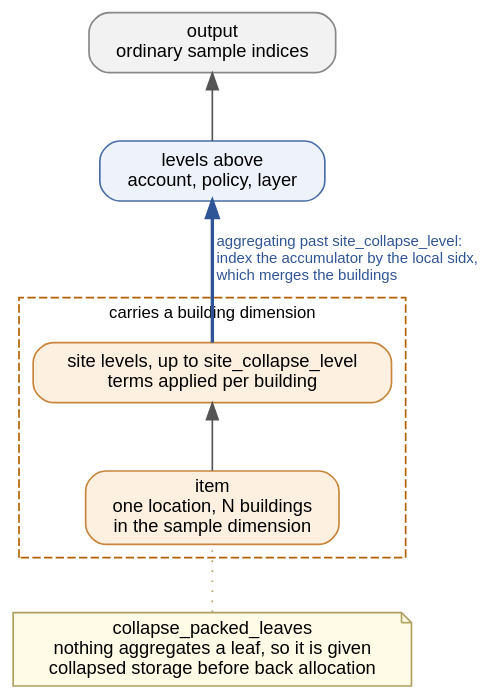
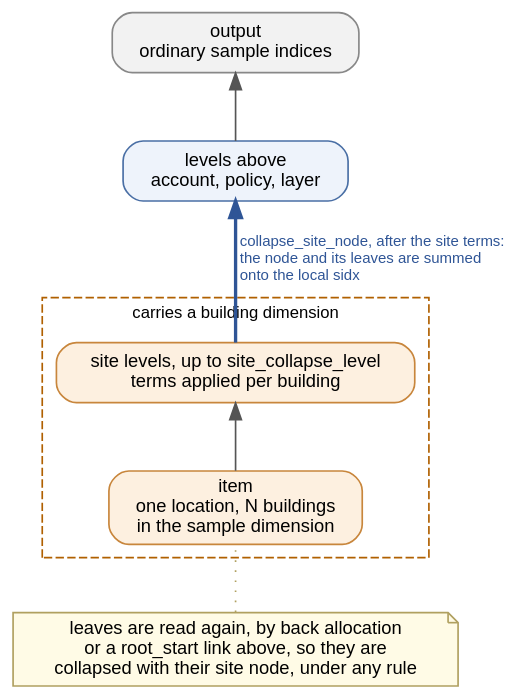
Before and after one commit to OasisLMF/OasisLMF: the diagram in oasislmf/pytools/fm/diagrams/fm_building_collapse.dot, drawn with Graphviz. The commit also changed 4 other files, not shown here.

First line of the commit message:
fix(fm): collapse a site node's leaves under every allocation rule

```diff
--- a/oasislmf/pytools/fm/diagrams/fm_building_collapse.dot
+++ b/oasislmf/pytools/fm/diagrams/fm_building_collapse.dot
@@ -1,30 +1,30 @@
 // Where a packed item's buildings collapse. Render: dot -Tsvg fm_building_collapse.dot -o fm_building_collapse.svg
 digraph building_collapse {
     rankdir=BT;
     bgcolor="transparent";
     nodesep=0.4; ranksep=0.55;
     node [shape=box, style="rounded,filled", fontname="Helvetica", fontsize=11,
           fillcolor="#eef3fb", color="#4a6fa5"];
     edge [fontname="Helvetica", fontsize=9, color="#555555"];
 
     subgraph cluster_packed {
         label="carries a building dimension"; labelloc=b;
         fontname="Helvetica"; fontsize=10; color="#b06000"; style=dashed;
         item [label="item\none location, N buildings\nin the sample dimension",
               fillcolor="#fdf0e0", color="#c8863c"];
         site [label="site levels, up to site_collapse_level\nterms applied per building",
               fillcolor="#fdf0e0", color="#c8863c"];
         item -> site;
     }
 
     above [label="levels above\naccount, policy, layer"];
     out   [label="output\nordinary sample indices", fillcolor="#f2f2f2", color="#888888"];
 
-    site -> above [label="  aggregating past site_collapse_level:\l  index the accumulator by the local sidx,\l  which merges the buildings\l",
+    site -> above [label="  collapse_site_node, after the site terms:\l  the node and its leaves are summed\l  onto the local sidx\l",
                    style=bold, color="#2f5596", fontcolor="#2f5596"];
     above -> out;
 
-    leaf [label="collapse_packed_leaves\nnothing aggregates a leaf, so it is given\ncollapsed storage before back allocation",
+    leaf [label="leaves are read again, by back allocation\nor a root_start link above, so they are\ncollapsed with their site node, under any rule",
           shape=note, fillcolor="#fffbe6", color="#b0a060", style=filled];
     leaf -> item [style=dotted, color="#b0a060", arrowhead=none];
 }
```
